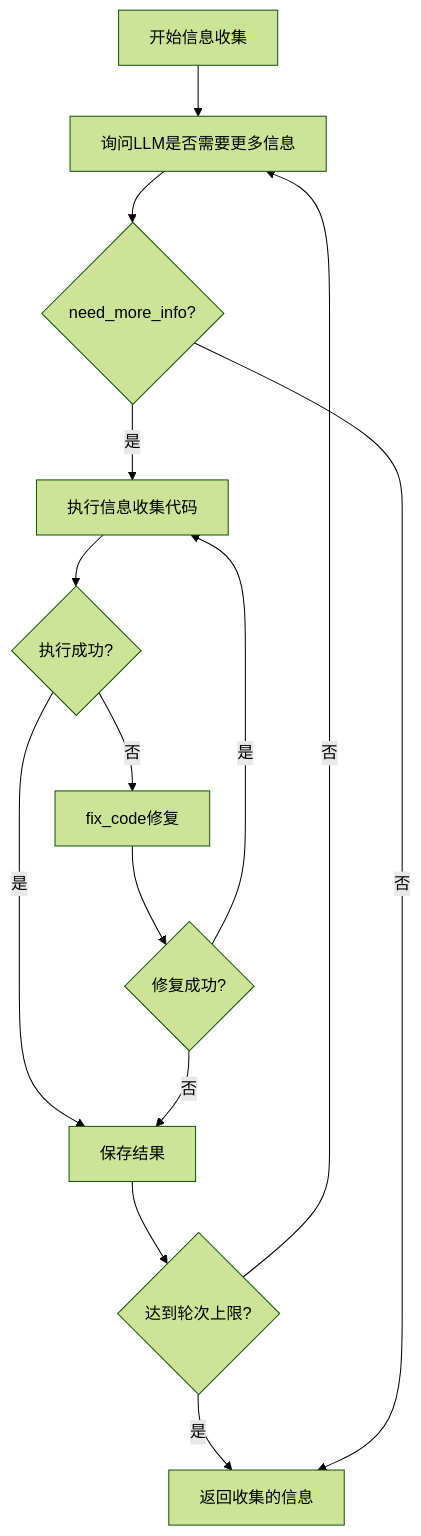
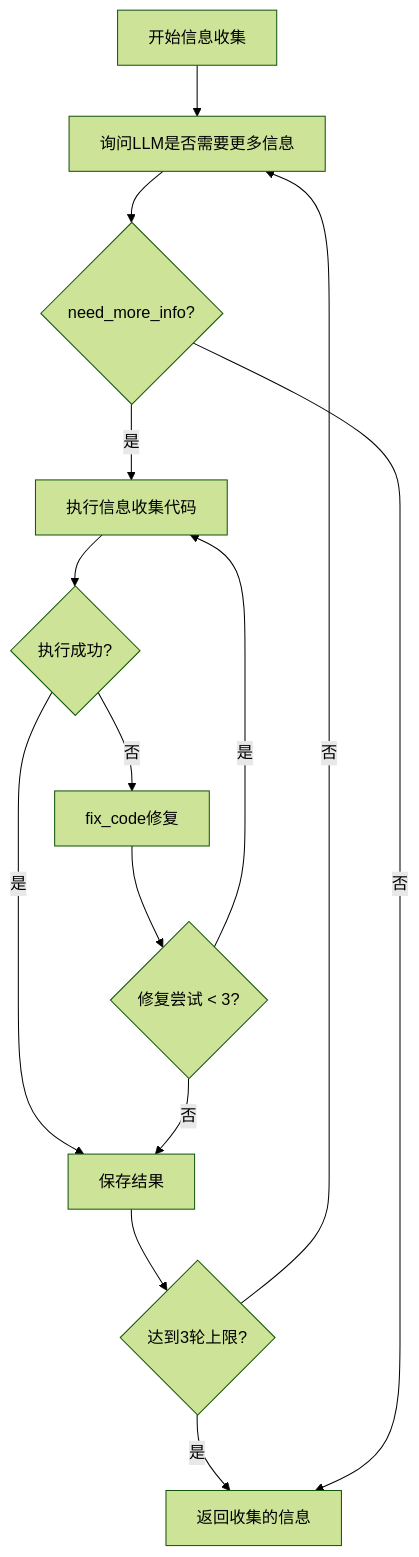
The fifth of 7 diagrams in app/services/interpreter/docs/interpreter_workflow.md (Org-GAgent/result-interpreter), drawn with Mermaid (forest theme) before and after one commit. The commit also changed other lines of this file and 9 other files, not shown here.

````diff
--- a/app/services/interpreter/docs/interpreter_workflow.md
+++ b/app/services/interpreter/docs/interpreter_workflow.md
@@ -177,16 +245,16 @@
 ```mermaid
 flowchart TD
     A[开始信息收集] --> B[询问LLM是否需要更多信息]
     B --> C{need_more_info?}
     C -->|是| D[执行信息收集代码]
     D --> E{执行成功?}
     E -->|是| F[保存结果]
     E -->|否| G[fix_code修复]
-    G --> H{修复成功?}
+    G --> H{修复尝试 < 3?}
     H -->|是| D
     H -->|否| F
-    F --> I{达到轮次上限?}
+    F --> I{达到3轮上限?}
     I -->|否| B
     I -->|是| J[返回收集的信息]
     C -->|否| J
 ```
````
